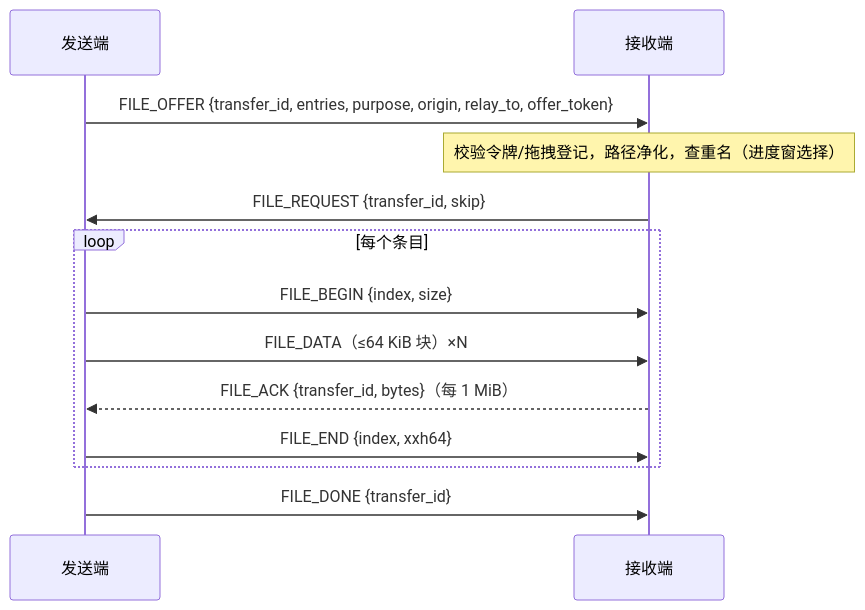
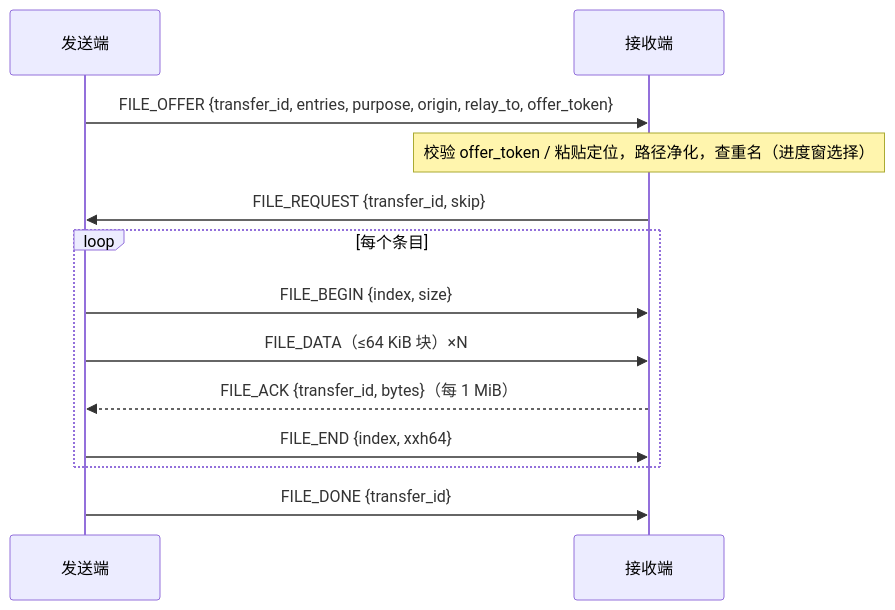
The fourth of 12 diagrams in Doc/架构设计.md (HadyLiu/Cross-SystemConnect), drawn with Mermaid before and after one commit. The commit also changed other lines of this file and 35 other files, not shown here.

````diff
--- a/Doc/架构设计.md
+++ b/Doc/架构设计.md
@@ -169,15 +168,15 @@
 ```mermaid
 sequenceDiagram
     participant Src as 发送端
     participant Dst as 接收端
     Src->>Dst: FILE_OFFER {transfer_id, entries, purpose, origin, relay_to, offer_token}
-    Note over Dst: 校验令牌/拖拽登记，路径净化，查重名（进度窗选择）
+    Note over Dst: 校验 offer_token / 粘贴定位，路径净化，查重名（进度窗选择）
     Dst->>Src: FILE_REQUEST {transfer_id, skip}
     loop 每个条目
       Src->>Dst: FILE_BEGIN {index, size}
       Src->>Dst: FILE_DATA（≤64 KiB 块）×N
       Dst-->>Src: FILE_ACK {transfer_id, bytes}（每 1 MiB）
       Src->>Dst: FILE_END {index, xxh64}
     end
     Src->>Dst: FILE_DONE {transfer_id}
 ```
````
